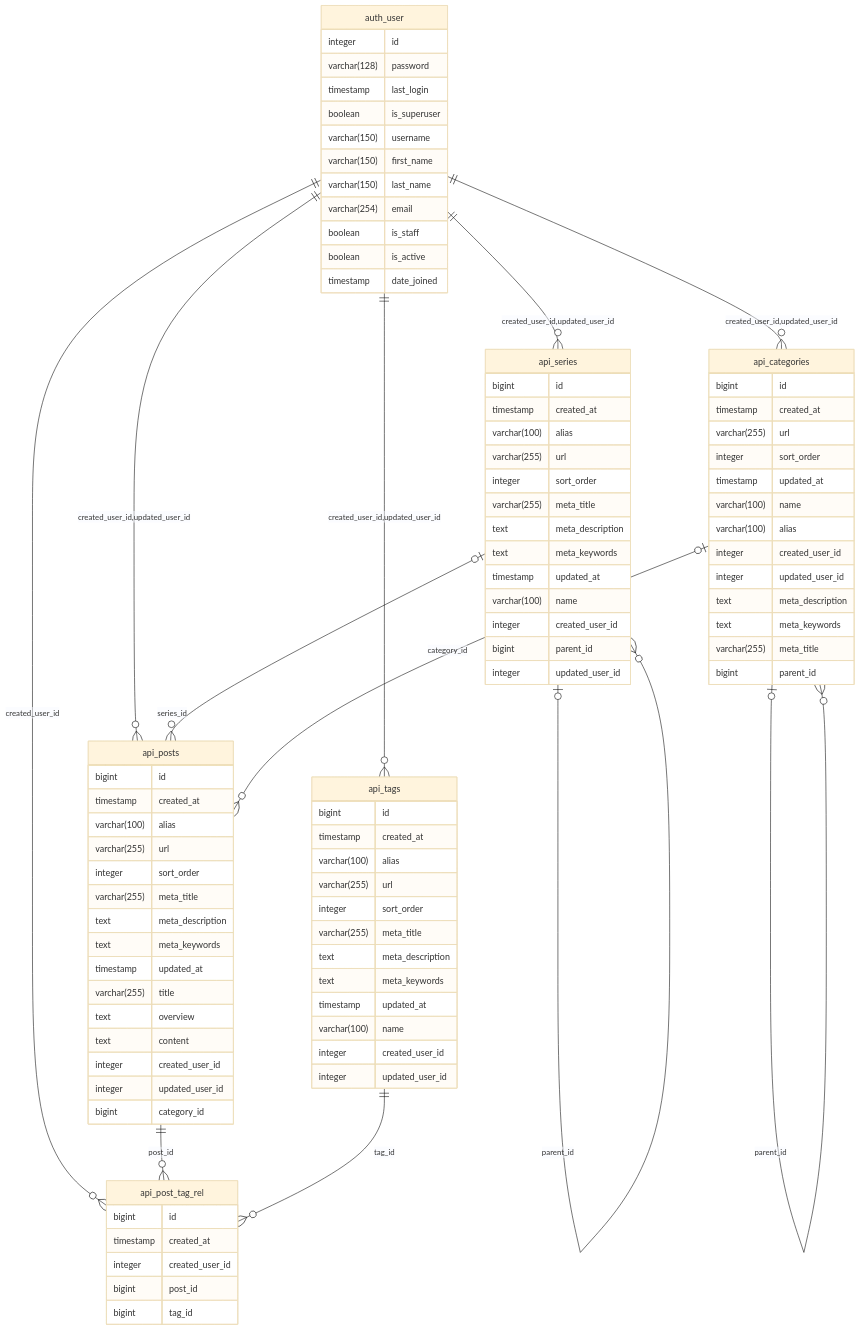
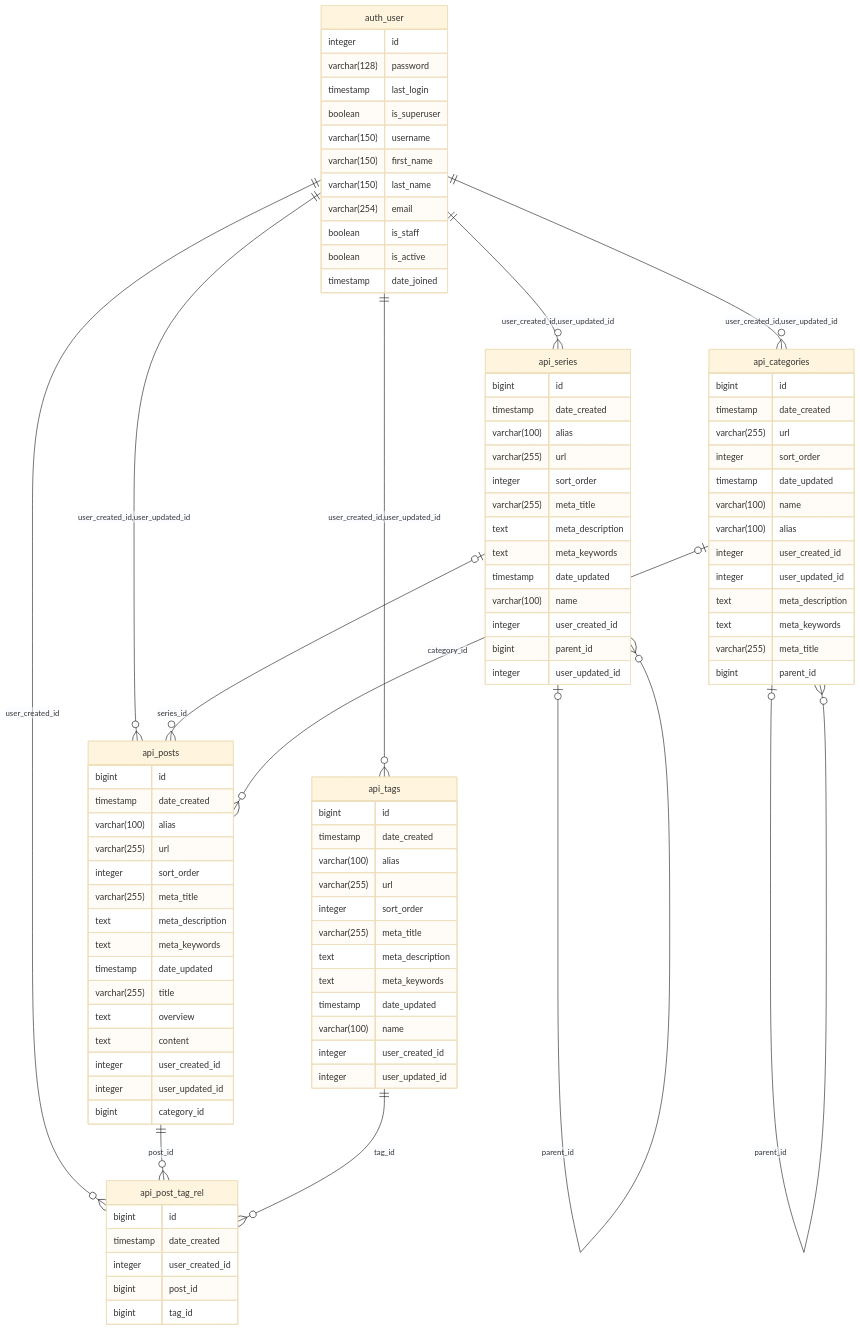
Before and after one commit to y-lu-zebra/One-Blog: the diagram in docs/ER.md, drawn with Mermaid (base theme). The commit also changed 4 other files, not shown here.

````diff
--- a/docs/ER.md
+++ b/docs/ER.md
@@ -3,10 +3,10 @@
 ```mermaid
 erDiagram
-    auth_user       ||--o{ api_series : "created_user_id,updated_user_id"
-    auth_user       ||--o{ api_categories : "created_user_id,updated_user_id"
-    auth_user       ||--o{ api_posts : "created_user_id,updated_user_id"
-    auth_user       ||--o{ api_tags : "created_user_id,updated_user_id"
-    auth_user       ||--o{ api_post_tag_rel : "created_user_id"
+    auth_user       ||--o{ api_series : "user_created_id,user_updated_id"
+    auth_user       ||--o{ api_categories : "user_created_id,user_updated_id"
+    auth_user       ||--o{ api_posts : "user_created_id,user_updated_id"
+    auth_user       ||--o{ api_tags : "user_created_id,user_updated_id"
+    auth_user       ||--o{ api_post_tag_rel : "user_created_id"
     api_series      |o--o{ api_posts : "series_id"
     api_categories  |o--o{ api_posts : "category_id"
     api_posts       ||--o{ api_post_tag_rel : "post_id"
@@ -30,30 +30,30 @@
 
     api_series {
         bigint id
-        timestamp created_at
+        timestamp date_created
         varchar(100) alias
         varchar(255) url
         integer sort_order
         varchar(255) meta_title
         text meta_description
         text meta_keywords
-        timestamp updated_at
+        timestamp date_updated
         varchar(100) name
-        integer created_user_id
+        integer user_created_id
         bigint parent_id
-        integer updated_user_id
+        integer user_updated_id
     }
 
     api_categories {
         bigint id
-        timestamp created_at
+        timestamp date_created
         varchar(255) url
         integer sort_order
-        timestamp updated_at
+        timestamp date_updated
         varchar(100) name
         varchar(100) alias
-        integer created_user_id
-        integer updated_user_id
+        integer user_created_id
+        integer user_updated_id
         text meta_description
         text meta_keywords
         varchar(255) meta_title
@@ -62,41 +62,41 @@
 
     api_posts {
         bigint id
-        timestamp created_at
+        timestamp date_created
         varchar(100) alias
         varchar(255) url
         integer sort_order
         varchar(255) meta_title
         text meta_description
         text meta_keywords
-        timestamp updated_at
+        timestamp date_updated
         varchar(255) title
         text overview
         text content
-        integer created_user_id
-        integer updated_user_id
+        integer user_created_id
+        integer user_updated_id
         bigint category_id
     }
 
     api_tags {
         bigint id
-        timestamp created_at
+        timestamp date_created
         varchar(100) alias
         varchar(255) url
         integer sort_order
         varchar(255) meta_title
         text meta_description
         text meta_keywords
-        timestamp updated_at
+        timestamp date_updated
         varchar(100) name
-        integer created_user_id
-        integer updated_user_id
+        integer user_created_id
+        integer user_updated_id
     }
 
     api_post_tag_rel {
         bigint id
-        timestamp created_at
-        integer created_user_id
+        timestamp date_created
+        integer user_created_id
         bigint post_id
         bigint tag_id
     }
````
